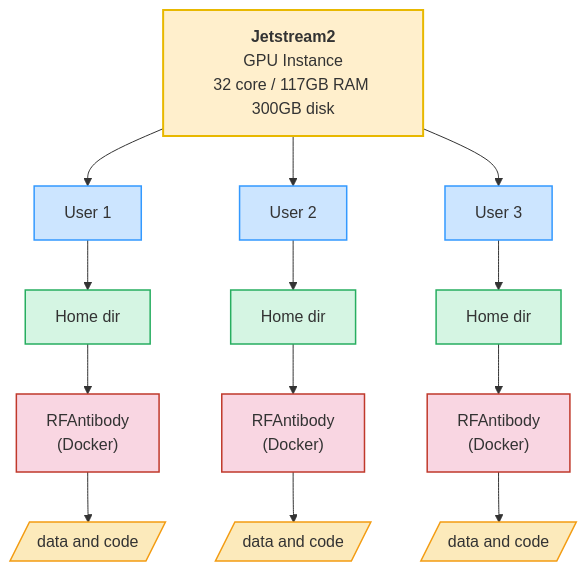
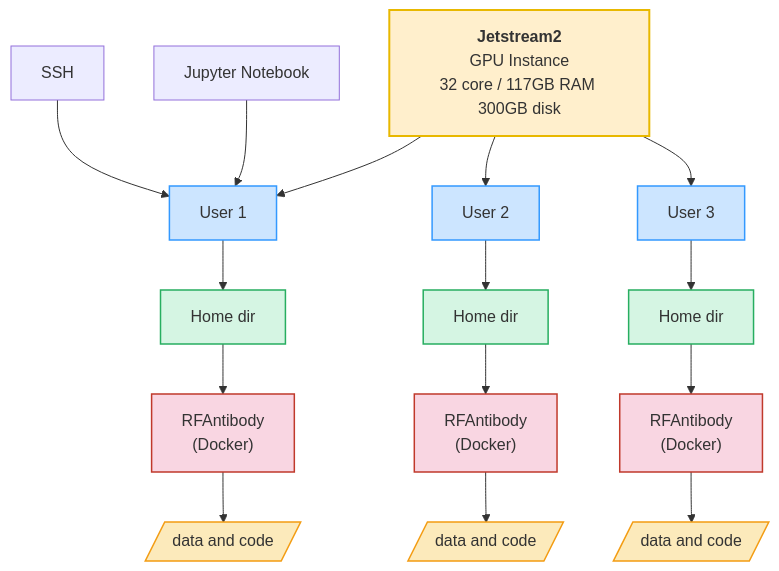
Before and after one commit to AntibodyEngineers/2025-Antibodies-and-AI: the diagram in README.md, drawn with Mermaid.

````diff
--- a/README.md
+++ b/README.md
@@ -9,15 +9,18 @@
 ```mermaid
 flowchart TD
 
 A[<b>Jetstream2</b><br/>GPU Instance<br/>32 core / 117GB RAM 300GB disk]:::gpu
   --> B[User 1]:::user --> C[Home dir]:::home --> D["RFAntibody<br/>(Docker)"]:::docker --> E[/data and code/]:::data
 A --> B2[User 2]:::user --> C2[Home dir]:::home --> D2["RFAntibody<br/>(Docker)"]:::docker --> E2[/data and code/]:::data
 A --> B3[User 3]:::user --> C3[Home dir]:::home --> D3["RFAntibody<br/>(Docker)"]:::docker --> E3[/data and code/]:::data
 
+SSH1[SSH]:::access --> B
+Jupyter1[Jupyter Notebook]:::access --> B
+
 %% Style definitions
 classDef gpu fill:#ffefcc,stroke:#e8b800,stroke-width:2px;
 classDef user fill:#cce5ff,stroke:#3399ff,stroke-width:1.5px;
 classDef home fill:#d5f5e3,stroke:#27ae60,stroke-width:1.5px;
 classDef docker fill:#f9d6e2,stroke:#c0392b,stroke-width:1.5px;
 classDef data fill:#fceabb,stroke:#f39c12,stroke-width:1.5px;
 ```
````
